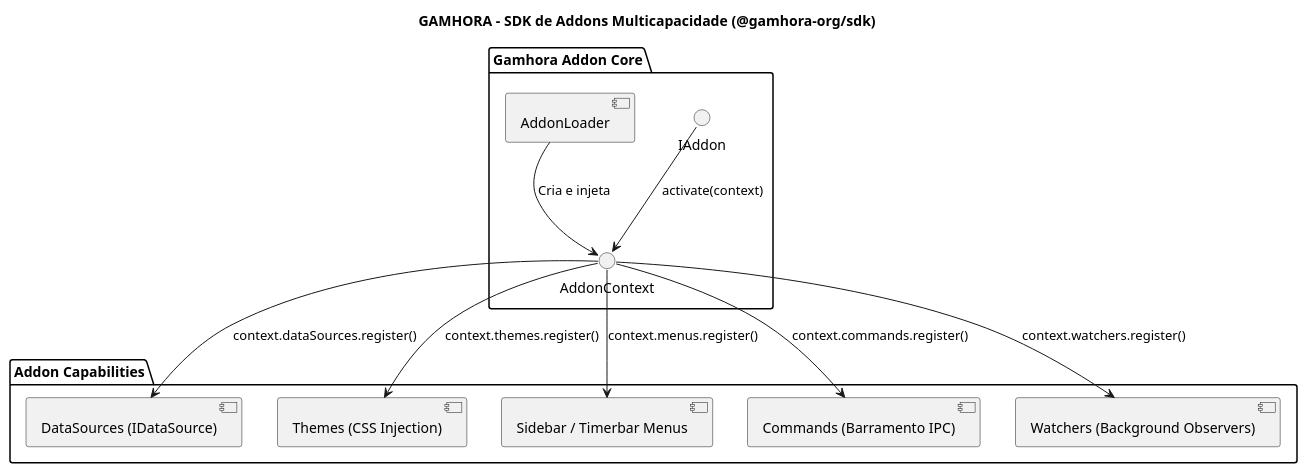
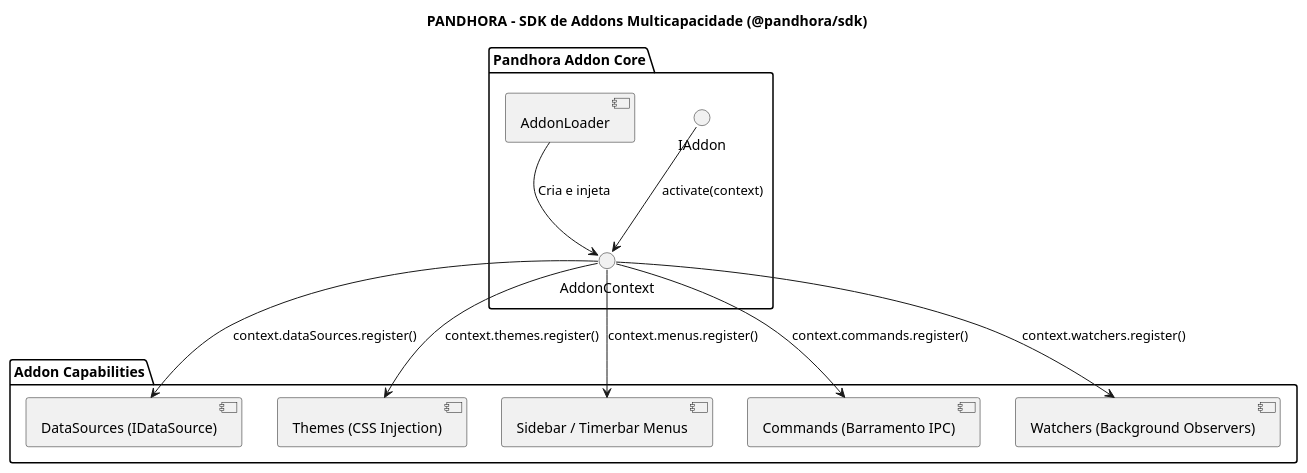
The diagram in docs/srs/diagrams/puml/component/diagram-component-001-custom-extensions.puml (Gustavohps10/gamhora), drawn with PlantUML before and after one commit. The commit also changed 317 other files, not shown here.

```diff
--- a/docs/srs/diagrams/puml/component/diagram-component-001-custom-extensions.puml
+++ b/docs/srs/diagrams/puml/component/diagram-component-001-custom-extensions.puml
@@ -1,25 +1,25 @@
 @startuml ComponentCustomExtensions
-title GAMHORA - SDK de Addons Multicapacidade (@gamhora-org/sdk)
+title PANDHORA - SDK de Addons Multicapacidade (@pandhora/sdk)
 
-package "Gamhora Addon Core" {
+package "Pandhora Addon Core" {
     interface "IAddon" as IAddon
     interface "AddonContext" as AddonCtx
     component [AddonLoader] as Loader
 }
 
 package "Addon Capabilities" {
     [DataSources (IDataSource)] as DS
     [Themes (CSS Injection)] as Themes
     [Sidebar / Timerbar Menus] as Menus
     [Commands (Barramento IPC)] as Cmds
     [Watchers (Background Observers)] as Watchers
 }
 
 Loader --> AddonCtx : Cria e injeta
 IAddon --> AddonCtx : activate(context)
 AddonCtx --> DS : context.dataSources.register()
 AddonCtx --> Themes : context.themes.register()
 AddonCtx --> Menus : context.menus.register()
 AddonCtx --> Cmds : context.commands.register()
 AddonCtx --> Watchers : context.watchers.register()
 @enduml
```
